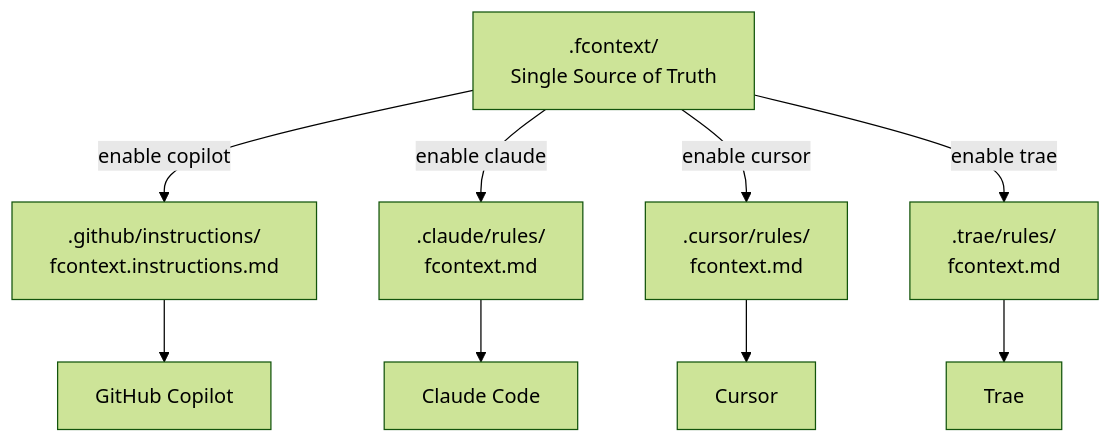
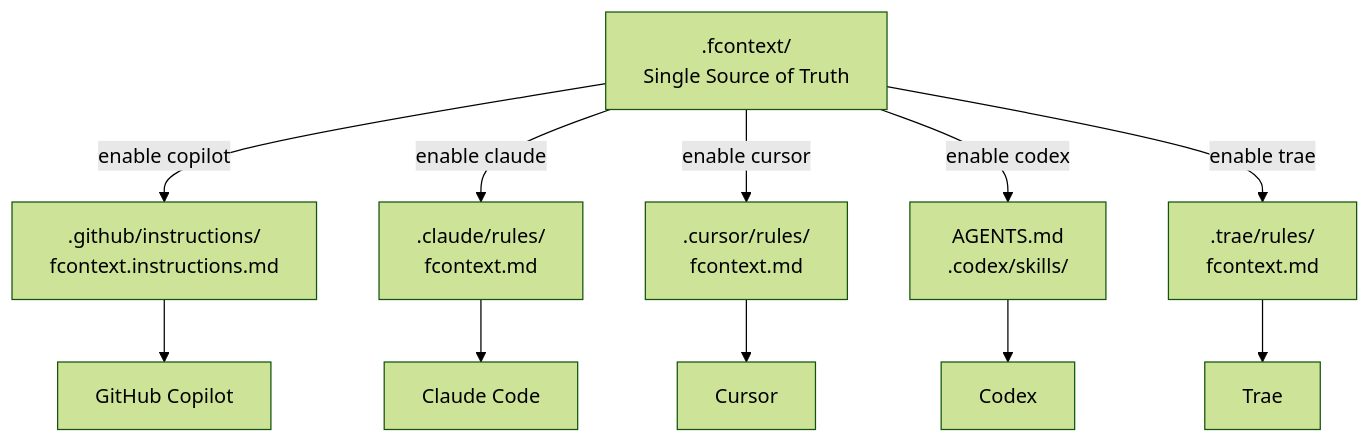
One commit to lijma/agent-skill-fcontext changed the third of 3 diagrams in docs/architecture.md. Above: the diagram before and after it, drawn with Mermaid (forest theme). The commit also changed 9 other files, not shown here.

````diff
--- a/docs/architecture.md
+++ b/docs/architecture.md
@@ -103,14 +103,16 @@
 ```mermaid
 graph TD
     FC[".fcontext/<br/>Single Source of Truth"]
     
     FC -->|enable copilot| GH[".github/instructions/<br/>fcontext.instructions.md"]
     FC -->|enable claude| CL[".claude/rules/<br/>fcontext.md"]
     FC -->|enable cursor| CU[".cursor/rules/<br/>fcontext.md"]
+    FC -->|enable codex| CX["AGENTS.md<br/>.codex/skills/"]
     FC -->|enable trae| TR[".trae/rules/<br/>fcontext.md"]
 
     GH --> A1["GitHub Copilot"]
     CL --> A2["Claude Code"]
     CU --> A3["Cursor"]
-    TR --> A4["Trae"]
+    CX --> A4["Codex"]
+    TR --> A5["Trae"]
 ```
````
